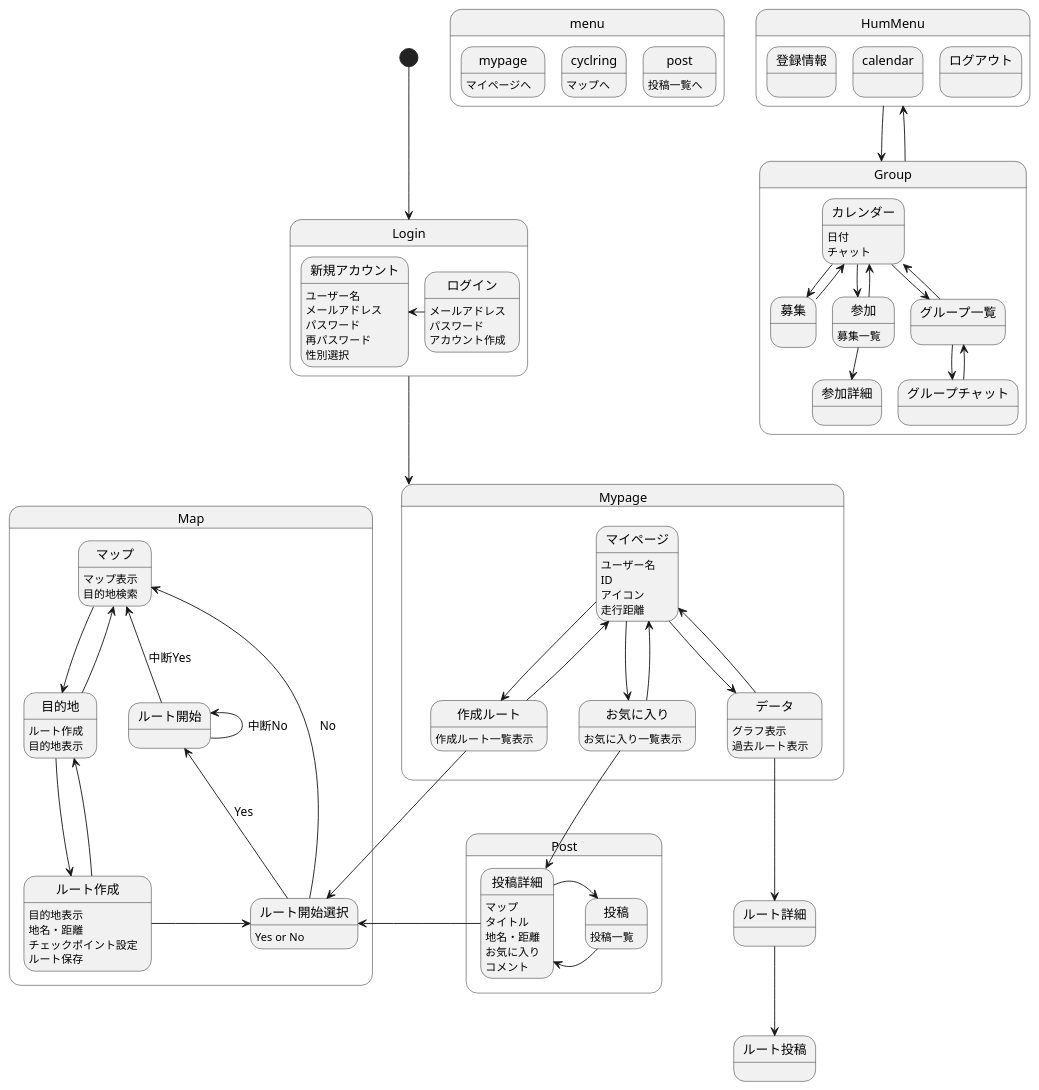
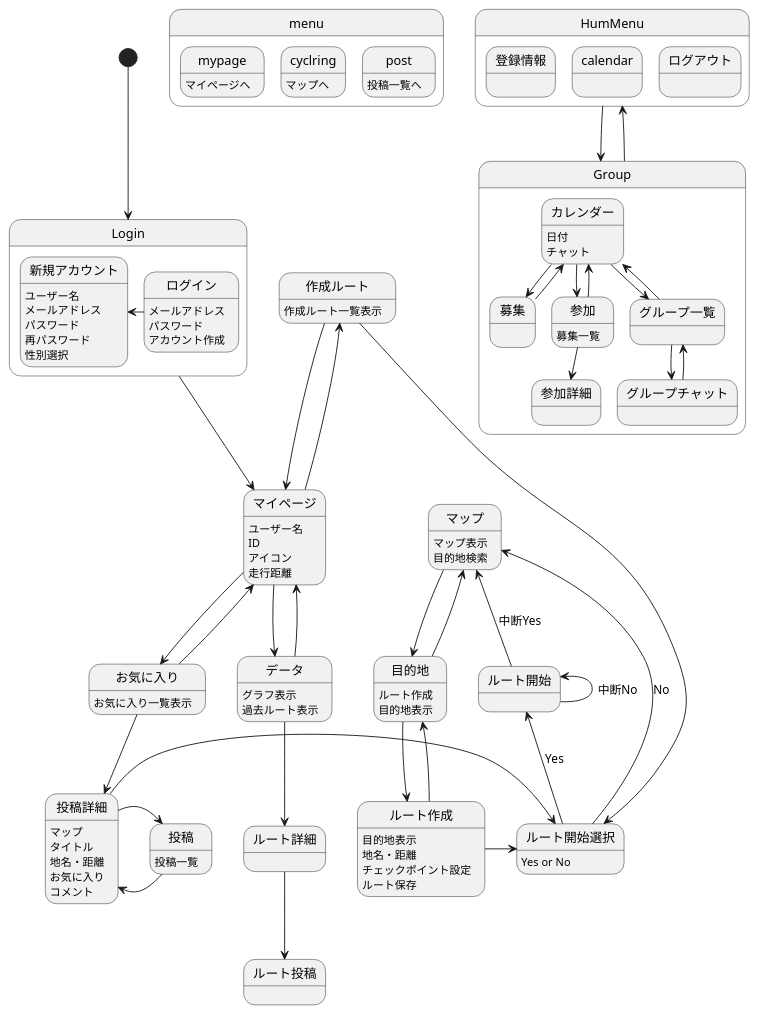
One commit to AsoSD3A3/CyclingSystem changed the diagram in 画面遷移図/gm.md. Above: the diagram before and after it, drawn with PlantUML.

```diff
--- a/画面遷移図/gm.md
+++ b/画面遷移図/gm.md
@@ -47,9 +47,9 @@
 新規アカウント:性別選択
 }
 
-Login-down->Mypage
+Login-down->マイページ
 
-state Mypage{
+
 マイページ:ユーザー名
 マイページ:ID
 マイページ:アイコン
@@ -64,11 +64,8 @@
 データ:グラフ表示
 データ:過去ルート表示
 作成ルート:作成ルート一覧表示
-}
 データ-down->ルート詳細
 ルート詳細-down->ルート投稿
-
-state Map{
 
 マップ:マップ表示
 マップ:目的地検索
@@ -88,10 +85,6 @@
 ルート開始選択-up->マップ :No
 ルート開始-up->ルート開始 :中断No
 ルート開始-up->マップ :中断Yes
-}
-
-
-state Post{
 
 投稿:投稿一覧
 投稿-left->投稿詳細
@@ -101,7 +94,6 @@
 投稿詳細:地名・距離
 投稿詳細:お気に入り
 投稿詳細:コメント
-}
 
 お気に入り-->投稿詳細
 作成ルート-down->ルート開始選択
```
